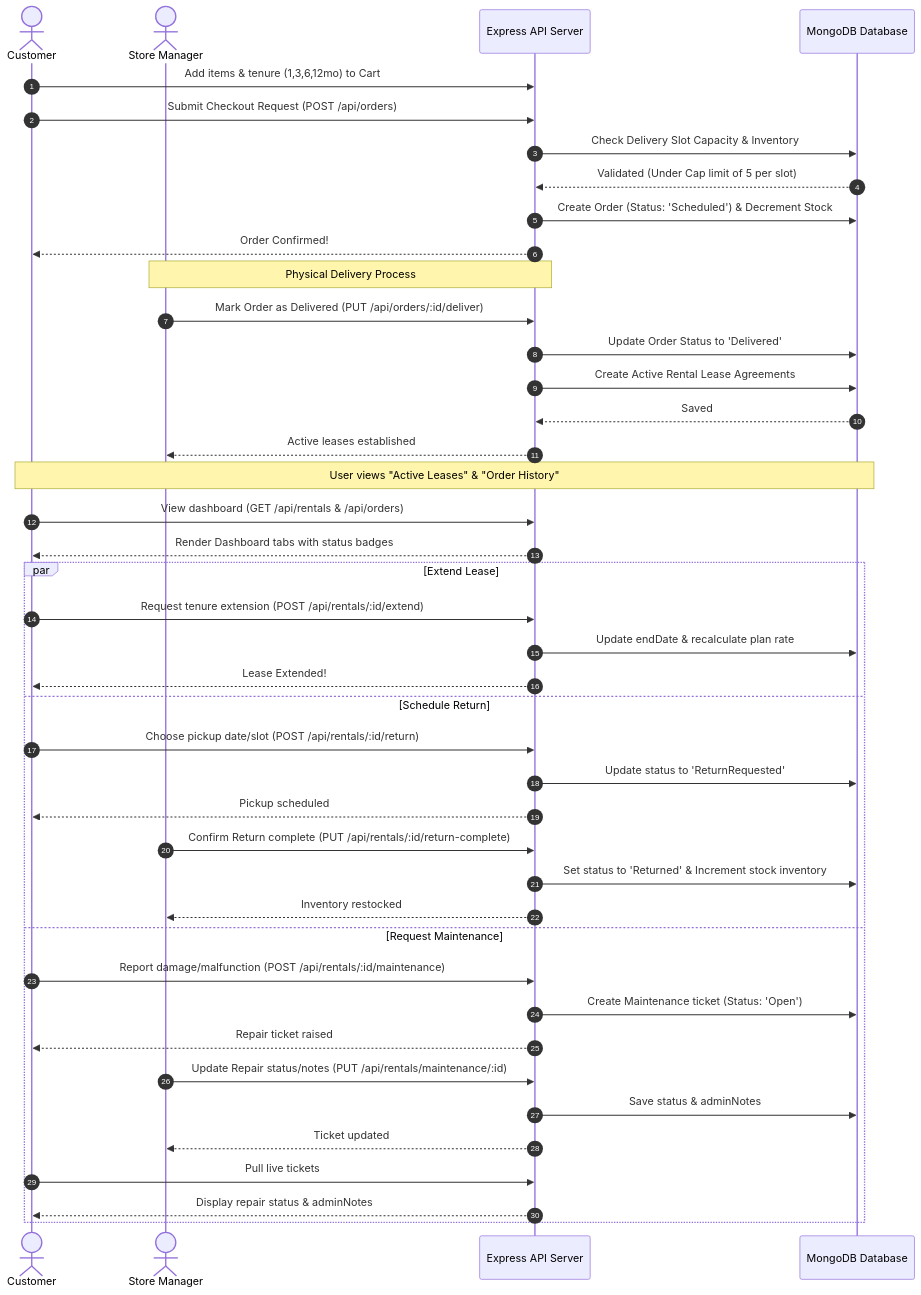
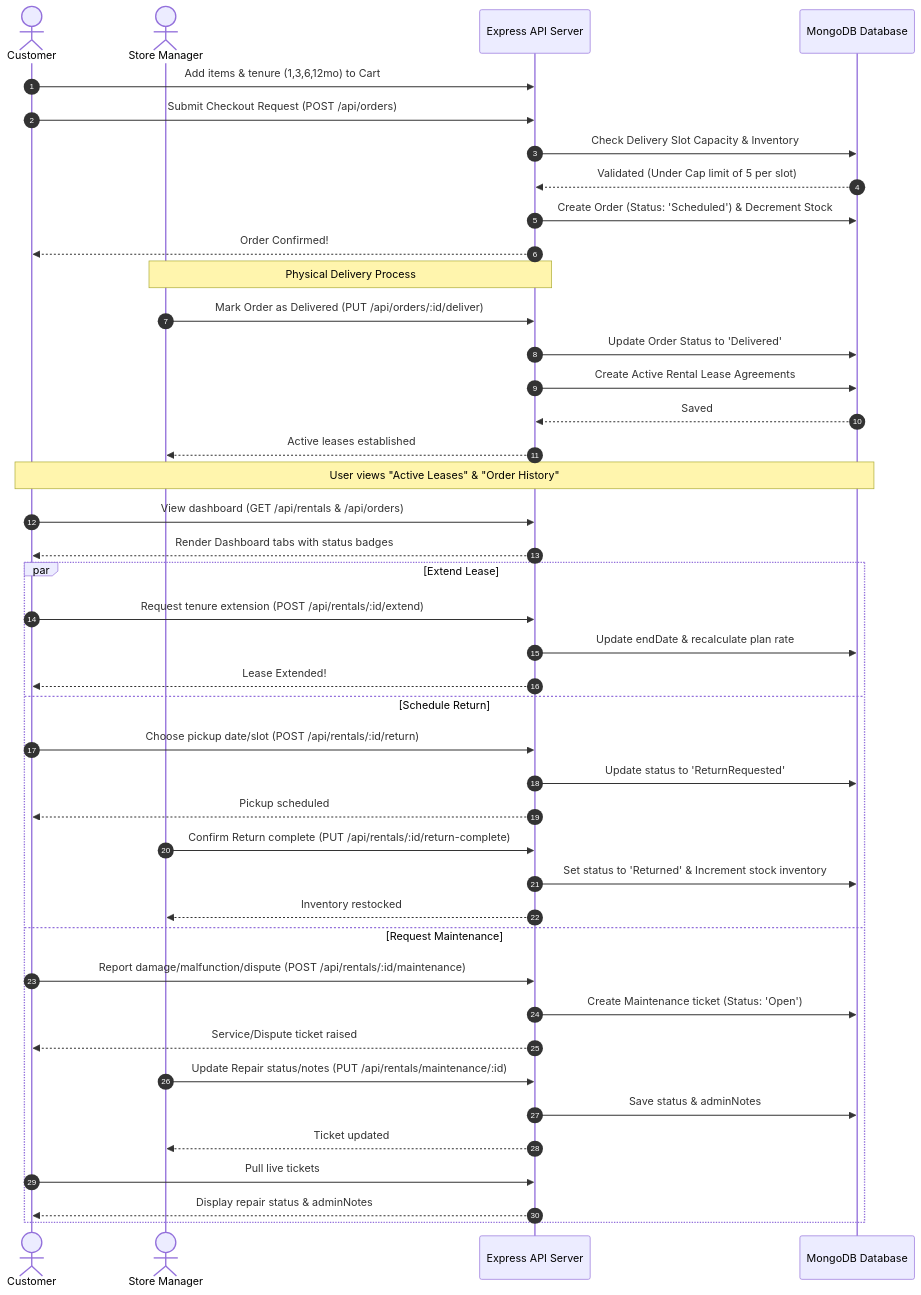
The first of 2 diagrams in README.md (harshal-fullstack/RentEase), drawn with Mermaid before and after one commit. The commit also changed other lines of this file, not shown here.

````diff
--- a/README.md
+++ b/README.md
@@ -42,52 +47,52 @@
 ```mermaid
 sequenceDiagram
     autonumber
     actor User as Customer
     actor Admin as Store Manager
     participant API as Express API Server
     participant DB as MongoDB Database
 
     %% Checkout flow
     User->>API: Add items & tenure (1,3,6,12mo) to Cart
     User->>API: Submit Checkout Request (POST /api/orders)
     API->>DB: Check Delivery Slot Capacity & Inventory
     DB-->>API: Validated (Under Cap limit of 5 per slot)
     API->>DB: Create Order (Status: 'Scheduled') & Decrement Stock
     API-->>User: Order Confirmed!
 
     %% Delivery / Lease Activation
     Note over Admin, API: Physical Delivery Process
     Admin->>API: Mark Order as Delivered (PUT /api/orders/:id/deliver)
     API->>DB: Update Order Status to 'Delivered'
     API->>DB: Create Active Rental Lease Agreements
     DB-->>API: Saved
     API-->>Admin: Active leases established
 
     %% User Lease management
     Note over User, DB: User views "Active Leases" & "Order History"
     User->>API: View dashboard (GET /api/rentals & /api/orders)
     API-->>User: Render Dashboard tabs with status badges
 
     %% Extension, Returns, Maintenance
     par Extend Lease
         User->>API: Request tenure extension (POST /api/rentals/:id/extend)
         API->>DB: Update endDate & recalculate plan rate
         API-->>User: Lease Extended!
     and Schedule Return
         User->>API: Choose pickup date/slot (POST /api/rentals/:id/return)
         API->>DB: Update status to 'ReturnRequested'
         API-->>User: Pickup scheduled
         Admin->>API: Confirm Return complete (PUT /api/rentals/:id/return-complete)
         API->>DB: Set status to 'Returned' & Increment stock inventory
         API-->>Admin: Inventory restocked
     and Request Maintenance
-        User->>API: Report damage/malfunction (POST /api/rentals/:id/maintenance)
+        User->>API: Report damage/malfunction/dispute (POST /api/rentals/:id/maintenance)
         API->>DB: Create Maintenance ticket (Status: 'Open')
-        API-->>User: Repair ticket raised
+        API-->>User: Service/Dispute ticket raised
         Admin->>API: Update Repair status/notes (PUT /api/rentals/maintenance/:id)
         API->>DB: Save status & adminNotes
         API-->>Admin: Ticket updated
         User->>API: Pull live tickets
         API-->>User: Display repair status & adminNotes
     end
 ```
````
